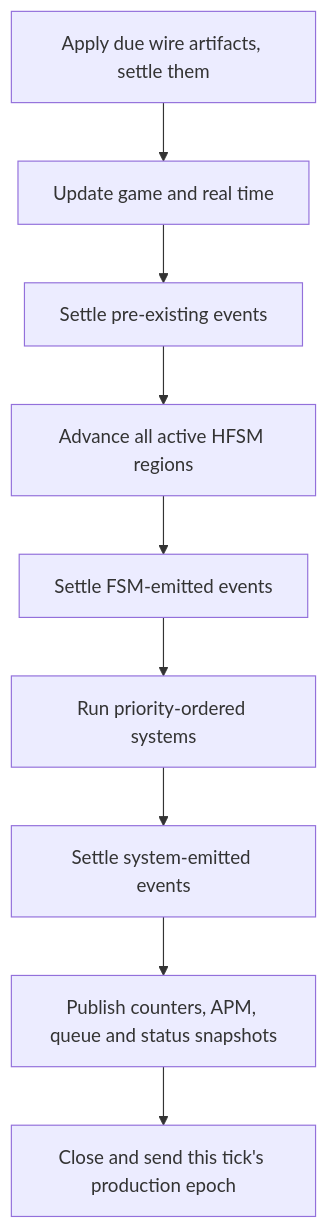
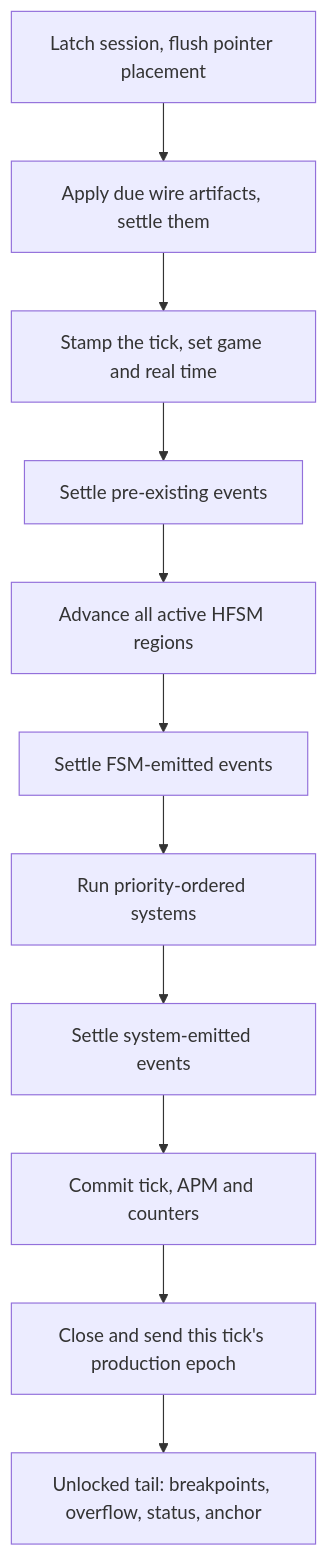
The fourth of 4 diagrams in doc/runtime.md (lixenwraith/vif), drawn with Mermaid before and after one commit. The commit also changed other lines of this file and 1 other file, not shown here.

````diff
--- a/doc/runtime.md
+++ b/doc/runtime.md
@@ -591,11 +612,13 @@
 ```mermaid
 flowchart TD
-    Wire["Apply due wire artifacts, settle them"] --> Time["Update game and real time"]
+    Latch["Latch session, flush pointer placement"] --> Wire["Apply due wire artifacts, settle them"]
+    Wire --> Time["Stamp the tick, set game and real time"]
     Time --> Pre["Settle pre-existing events"]
     Pre --> FSM["Advance all active HFSM regions"]
     FSM --> Post["Settle FSM-emitted events"]
     Post --> Systems["Run priority-ordered systems"]
     Systems --> Close["Settle system-emitted events"]
-    Close --> Stats["Publish counters, APM, queue and status snapshots"]
+    Close --> Stats["Commit tick, APM and counters"]
     Stats --> Flush["Close and send this tick's production epoch"]
+    Flush --> Tail["Unlocked tail: breakpoints, overflow, status, anchor"]
 ```
````
